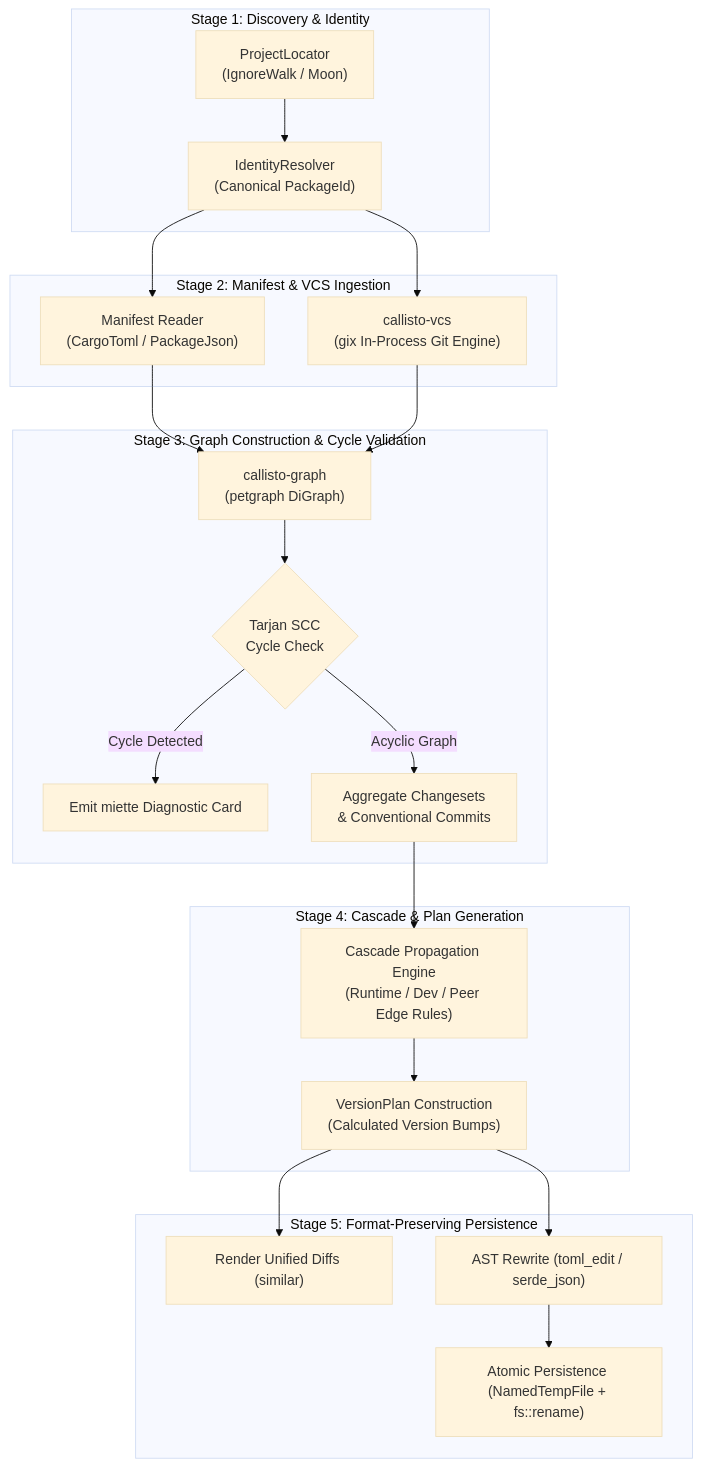
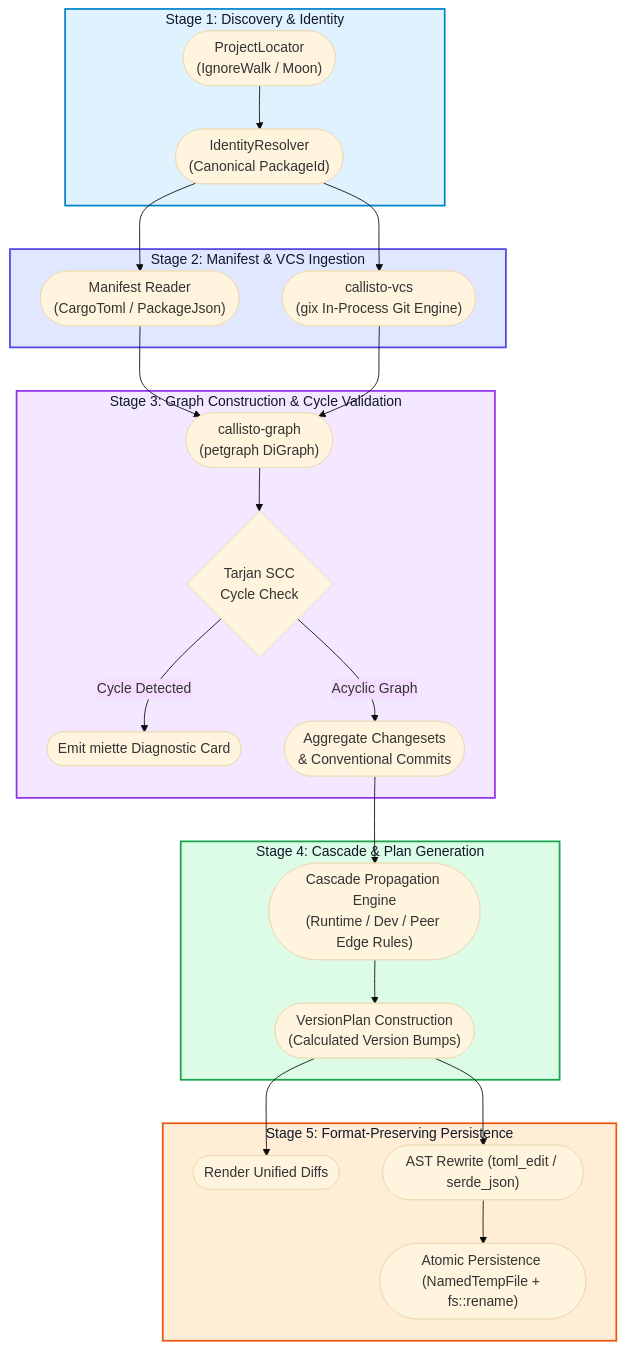
One commit to orin-dx/callisto changed the first of 4 diagrams in ARCHITECTURE.md. Above: the diagram before and after it, drawn with Mermaid (base theme). The commit also changed other lines of this file and 3 other files, not shown here.

Commit message:
docs: add Callisto brand identity logo, pastel Mermaid diagrams, and section reordering

````diff
--- a/ARCHITECTURE.md
+++ b/ARCHITECTURE.md
@@ -25,30 +29,36 @@
 ```mermaid
-flowchart TD
+flowchart TB
     subgraph Stage1 ["Stage 1: Discovery & Identity"]
-        PL["ProjectLocator<br/>(IgnoreWalk / Moon)"] --> IR["IdentityResolver<br/>(Canonical PackageId)"]
+        PL(["ProjectLocator<br/>(IgnoreWalk / Moon)"]) --> IR(["IdentityResolver<br/>(Canonical PackageId)"])
     end
 
     subgraph Stage2 ["Stage 2: Manifest & VCS Ingestion"]
-        IR --> MR["Manifest Reader<br/>(CargoToml / PackageJson)"]
-        IR --> VCS["callisto-vcs<br/>(gix In-Process Git Engine)"]
+        IR --> MR(["Manifest Reader<br/>(CargoToml / PackageJson)"])
+        IR --> VCS(["callisto-vcs<br/>(gix In-Process Git Engine)"])
     end
 
     subgraph Stage3 ["Stage 3: Graph Construction & Cycle Validation"]
-        MR --> DAG["callisto-graph<br/>(petgraph DiGraph)"]
+        MR --> DAG(["callisto-graph<br/>(petgraph DiGraph)"])
         VCS --> DAG
         DAG --> SCC{"Tarjan SCC<br/>Cycle Check"}
-        SCC -- "Cycle Detected" --> Err["Emit miette Diagnostic Card"]
-        SCC -- "Acyclic Graph" --> Agg["Aggregate Changesets<br/>& Conventional Commits"]
+        SCC -- "Cycle Detected" --> Err(["Emit miette Diagnostic Card"])
+        SCC -- "Acyclic Graph" --> Agg(["Aggregate Changesets<br/>& Conventional Commits"])
     end
 
     subgraph Stage4 ["Stage 4: Cascade & Plan Generation"]
-        Agg --> Cascade["Cascade Propagation Engine<br/>(Runtime / Dev / Peer Edge Rules)"]
-        Cascade --> Plan["VersionPlan Construction<br/>(Calculated Version Bumps)"]
+        Agg --> Cascade(["Cascade Propagation Engine<br/>(Runtime / Dev / Peer Edge Rules)"])
+        Cascade --> Plan(["VersionPlan Construction<br/>(Calculated Version Bumps)"])
     end
 
     subgraph Stage5 ["Stage 5: Format-Preserving Persistence"]
-        Plan --> Diff["Render Unified Diffs (similar)"]
-        Plan --> AST["AST Rewrite (toml_edit / serde_json)"]
-        AST --> Atomic["Atomic Persistence (NamedTempFile + fs::rename)"]
+        Plan --> Diff(["Render Unified Diffs"])
+        Plan --> AST(["AST Rewrite (toml_edit / serde_json)"])
+        AST --> Atomic(["Atomic Persistence (NamedTempFile + fs::rename)"])
     end
+
+    style Stage1 fill:#e0f2fe,stroke:#0284c7,stroke-width:2px,color:#0f172a
+    style Stage2 fill:#e0e7ff,stroke:#4f46e5,stroke-width:2px,color:#0f172a
+    style Stage3 fill:#f3e8ff,stroke:#9333ea,stroke-width:2px,color:#0f172a
+    style Stage4 fill:#dcfce7,stroke:#16a34a,stroke-width:2px,color:#0f172a
+    style Stage5 fill:#ffedd5,stroke:#ea580c,stroke-width:2px,color:#0f172a
 ```
````
